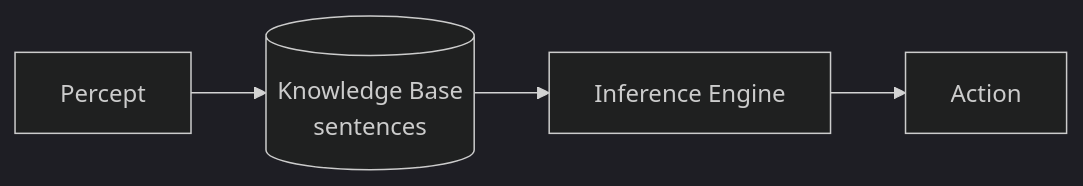
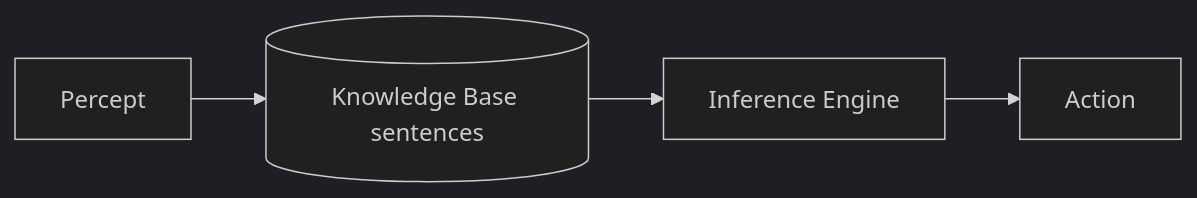
The second of 2 diagrams in IAI/Answers.md (VinayKumarVangala/Notes), drawn with Mermaid (dark theme) before and after one commit. The commit also changed other lines of this file, not shown here.

````diff
--- a/IAI/Answers.md
+++ b/IAI/Answers.md
@@ -50,6 +52,6 @@
 ```mermaid
 flowchart LR
-    KB[(Knowledge Base<br/>sentences)] --> IE[Inference Engine]
+    KB[(Knowledge Base sentences)] --> IE[Inference Engine]
     Percept --> KB
     IE --> Action
 ```
````
